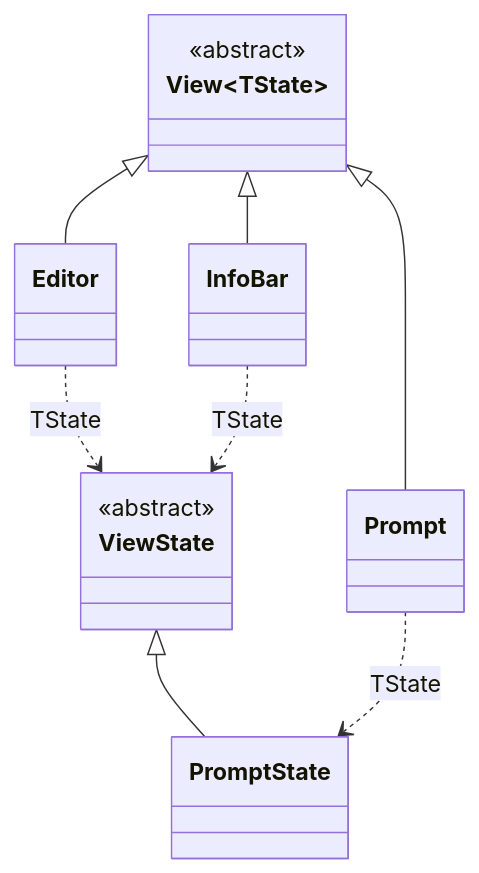
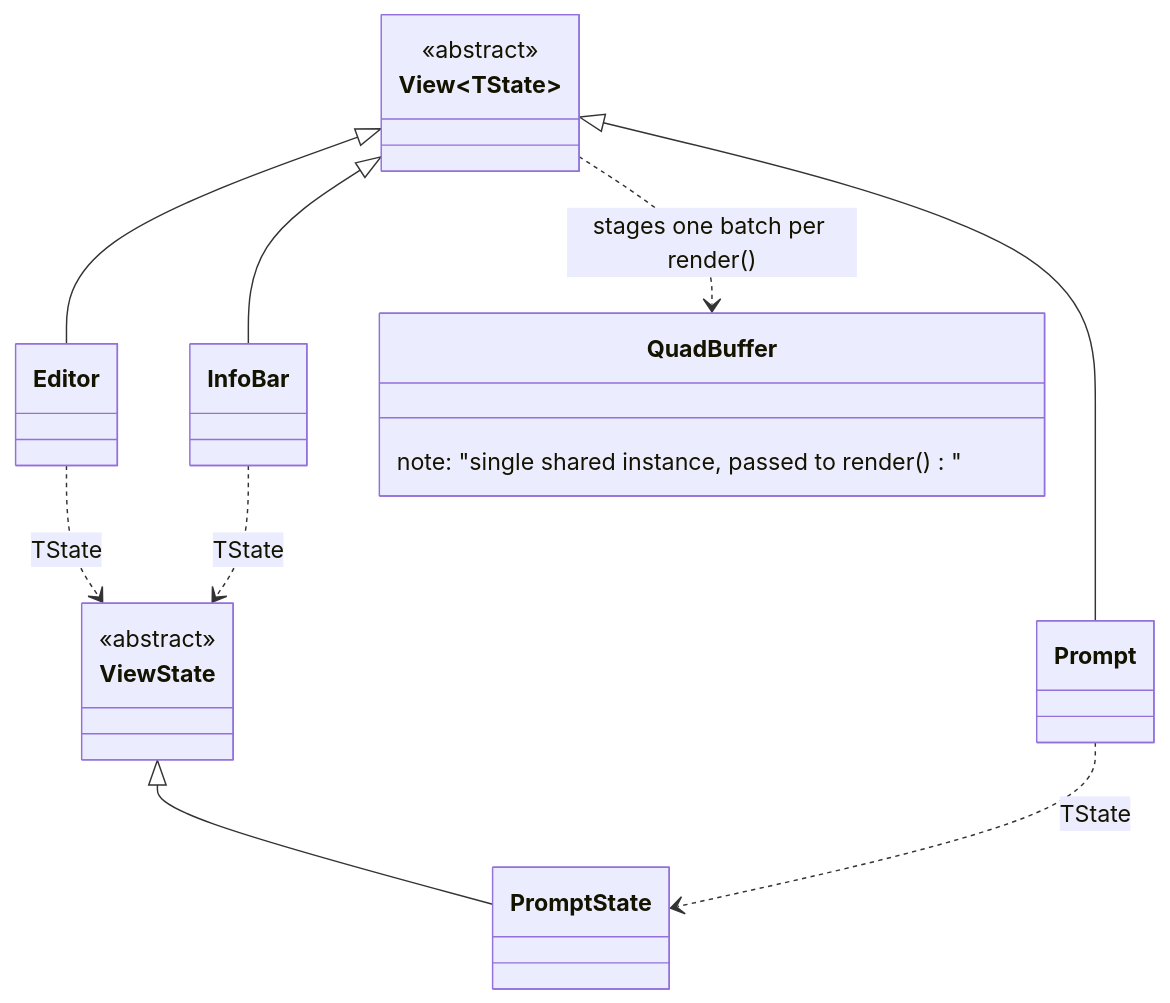
One commit to notnotme/bbloc changed the eighth of 10 diagrams in docs/class_diagram.md. Above: the diagram before and after it, drawn with Mermaid. The commit also changed other lines of this file and 1 other file, not shown here.

Commit message:
Require class diagram updates before commits, sync diagram with code

````diff
--- a/docs/class_diagram.md
+++ b/docs/class_diagram.md
@@ -215,21 +224,25 @@
 ```mermaid
 classDiagram
     class ViewState {
         <<abstract>>
     }
     class PromptState
     class View~TState~ {
         <<abstract>>
     }
     class Editor
     class InfoBar
     class Prompt
+    class QuadBuffer {
+        note: "single shared instance, passed to render()"
+    }
 
     ViewState <|-- PromptState
     View~TState~ <|-- Editor
     View~TState~ <|-- InfoBar
     View~TState~ <|-- Prompt
     Editor ..> ViewState : TState
     InfoBar ..> ViewState : TState
     Prompt ..> PromptState : TState
+    View~TState~ ..> QuadBuffer : stages one batch per render()
 ```
````
